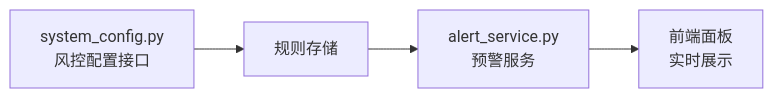
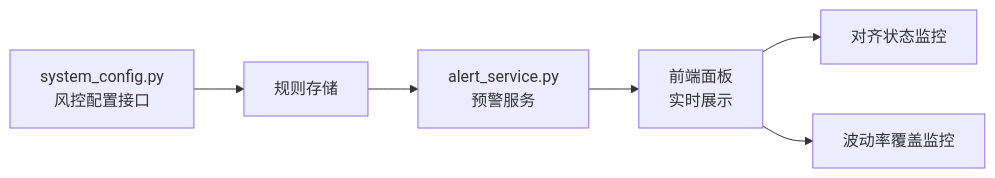
The sixth of 8 diagrams in .qoder/repowiki/zh/content/交易策略系统/风险管理.md (anYaoooo/daily_stock_analysis), drawn with Mermaid before and after one commit. The commit also changed other lines of this file and 23 other files, not shown here.

````diff
--- a/.qoder/repowiki/zh/content/交易策略系统/风险管理.md
+++ b/.qoder/repowiki/zh/content/交易策略系统/风险管理.md
@@ -267,6 +332,8 @@
 ```mermaid
 graph LR
 ConfigAPI["system_config.py<br/>风控配置接口"] --> RuleStore["规则存储"]
 RuleStore --> AlertSvc["alert_service.py<br/>预警服务"]
 AlertSvc --> Dashboard["前端面板<br/>实时展示"]
+Dashboard --> AlignmentStatus["对齐状态监控"]
+Dashboard --> VolatilityOverlay["波动率覆盖监控"]
 ```
````
